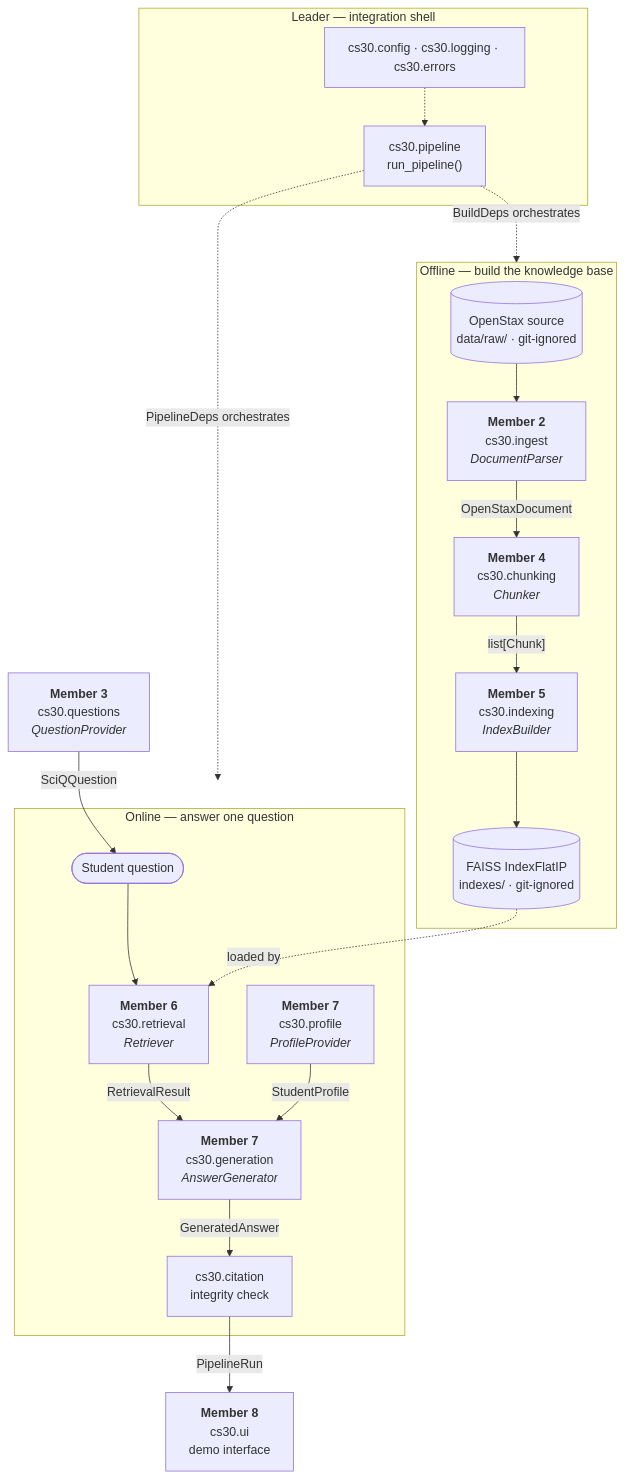
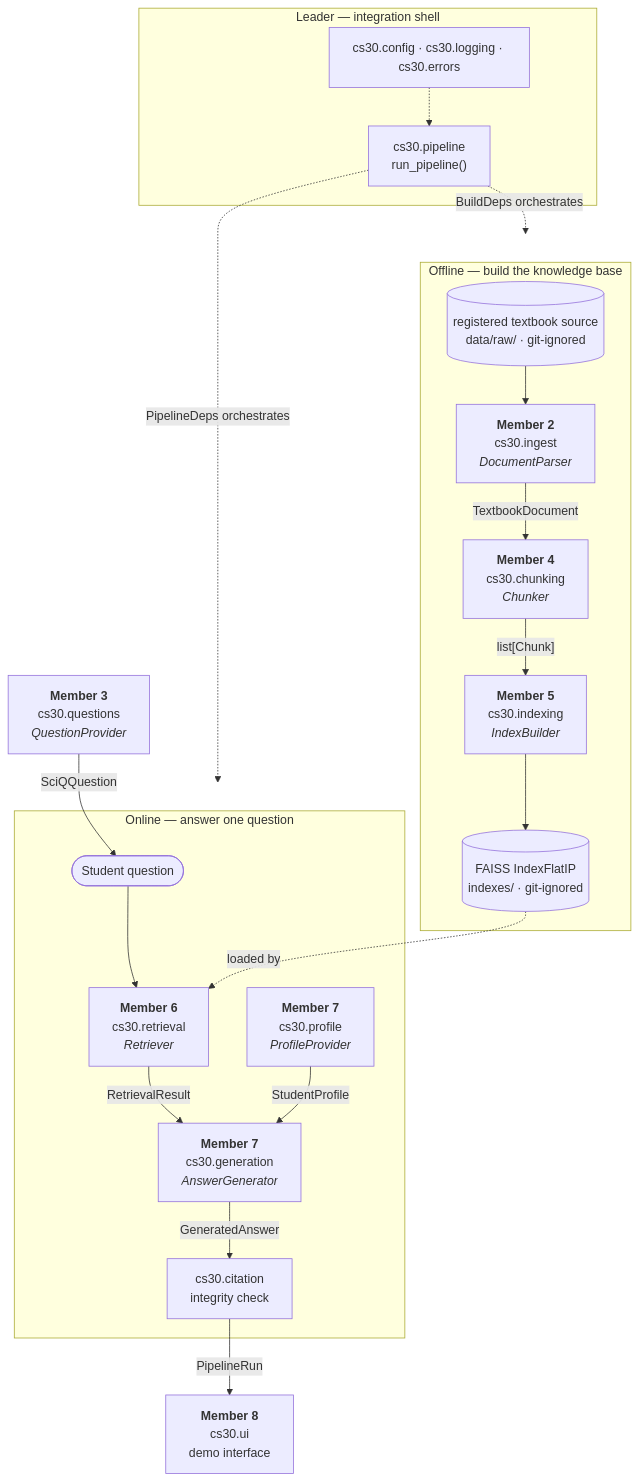
One commit to Ntan0927/cs30-personalised-rag changed the first of 2 diagrams in docs/architecture-week1.md. Above: the diagram before and after it, drawn with Mermaid. The commit also changed other lines of this file and 11 other files, not shown here.

````diff
--- a/docs/architecture-week1.md
+++ b/docs/architecture-week1.md
@@ -13,38 +13,38 @@
 ```mermaid
 flowchart TB
     subgraph offline["Offline — build the knowledge base"]
-        RAW[("OpenStax source<br/>data/raw/ · git-ignored")]
+        RAW[("registered textbook source<br/>data/raw/ · git-ignored")]
         M2["<b>Member 2</b><br/>cs30.ingest<br/><i>DocumentParser</i>"]
         M4["<b>Member 4</b><br/>cs30.chunking<br/><i>Chunker</i>"]
         M5["<b>Member 5</b><br/>cs30.indexing<br/><i>IndexBuilder</i>"]
         IDX[("FAISS IndexFlatIP<br/>indexes/ · git-ignored")]
         RAW --> M2
-        M2 -->|"OpenStaxDocument"| M4
+        M2 -->|"TextbookDocument"| M4
         M4 -->|"list[Chunk]"| M5
         M5 --> IDX
     end
 
     subgraph online["Online — answer one question"]
         Q(["Student question"])
         M6["<b>Member 6</b><br/>cs30.retrieval<br/><i>Retriever</i>"]
         M7P["<b>Member 7</b><br/>cs30.profile<br/><i>ProfileProvider</i>"]
         M7G["<b>Member 7</b><br/>cs30.generation<br/><i>AnswerGenerator</i>"]
         CIT["cs30.citation<br/>integrity check"]
         Q --> M6
         IDX -.->|"loaded by"| M6
         M6 -->|"RetrievalResult"| M7G
         M7P -->|"StudentProfile"| M7G
         M7G -->|"GeneratedAnswer"| CIT
     end
 
     subgraph shell["Leader — integration shell"]
         PIPE["cs30.pipeline<br/>run_pipeline()"]
         CFG["cs30.config · cs30.logging · cs30.errors"]
     end
 
     M3["<b>Member 3</b><br/>cs30.questions<br/><i>QuestionProvider</i>"] -->|"SciQQuestion"| Q
     CIT -->|"PipelineRun"| M8["<b>Member 8</b><br/>cs30.ui<br/>demo interface"]
     PIPE -.->|"BuildDeps orchestrates"| offline
     PIPE -.->|"PipelineDeps orchestrates"| online
     CFG -.-> PIPE
 ```
````
